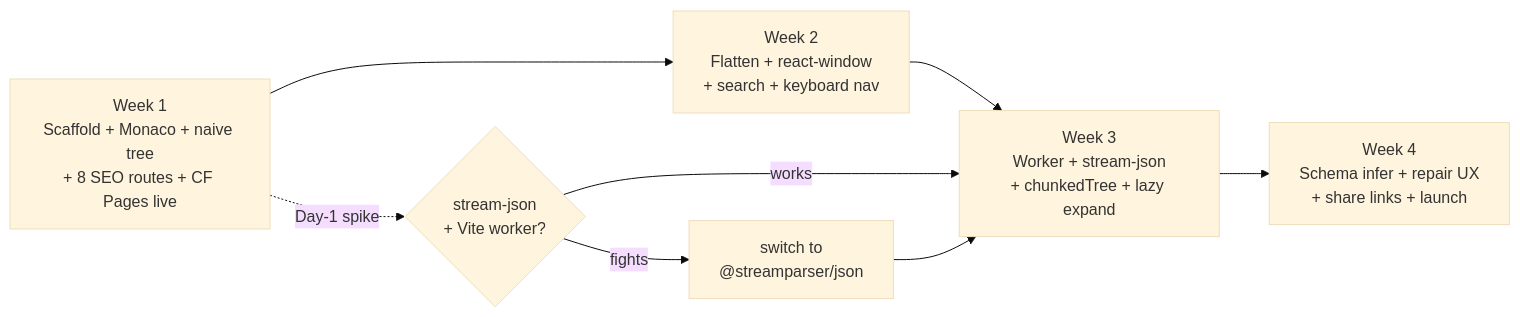
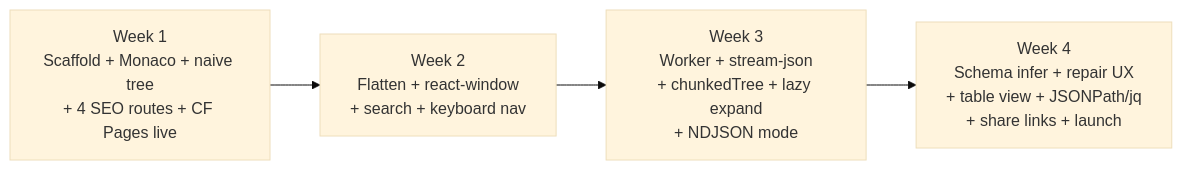
The second of 2 diagrams in PLAN.MD (FazeelUsmani/json-tool), drawn with Mermaid (base theme) before and after one commit. The commit also changed other lines of this file, not shown here.

````diff
--- a/PLAN.MD
+++ b/PLAN.MD
@@ -57,12 +62,8 @@
 ```mermaid
 flowchart LR
-    W1[Week 1<br/>Scaffold + Monaco + naive tree<br/>+ 8 SEO routes + CF Pages live]
+    W1[Week 1<br/>Scaffold + Monaco + naive tree<br/>+ 4 SEO routes + CF Pages live]
     W2[Week 2<br/>Flatten + react-window<br/>+ search + keyboard nav]
-    W3[Week 3<br/>Worker + stream-json<br/>+ chunkedTree + lazy expand]
-    W4[Week 4<br/>Schema infer + repair UX<br/>+ share links + launch]
+    W3[Week 3<br/>Worker + stream-json<br/>+ chunkedTree + lazy expand<br/>+ NDJSON mode]
+    W4[Week 4<br/>Schema infer + repair UX<br/>+ table view + JSONPath/jq<br/>+ share links + launch]
     W1 --> W2 --> W3 --> W4
-    W1 -.Day-1 spike.-> S{stream-json<br/>+ Vite worker?}
-    S -->|works| W3
-    S -->|fights| Fallback[switch to<br/>@streamparser/json]
-    Fallback --> W3
 ```
````
